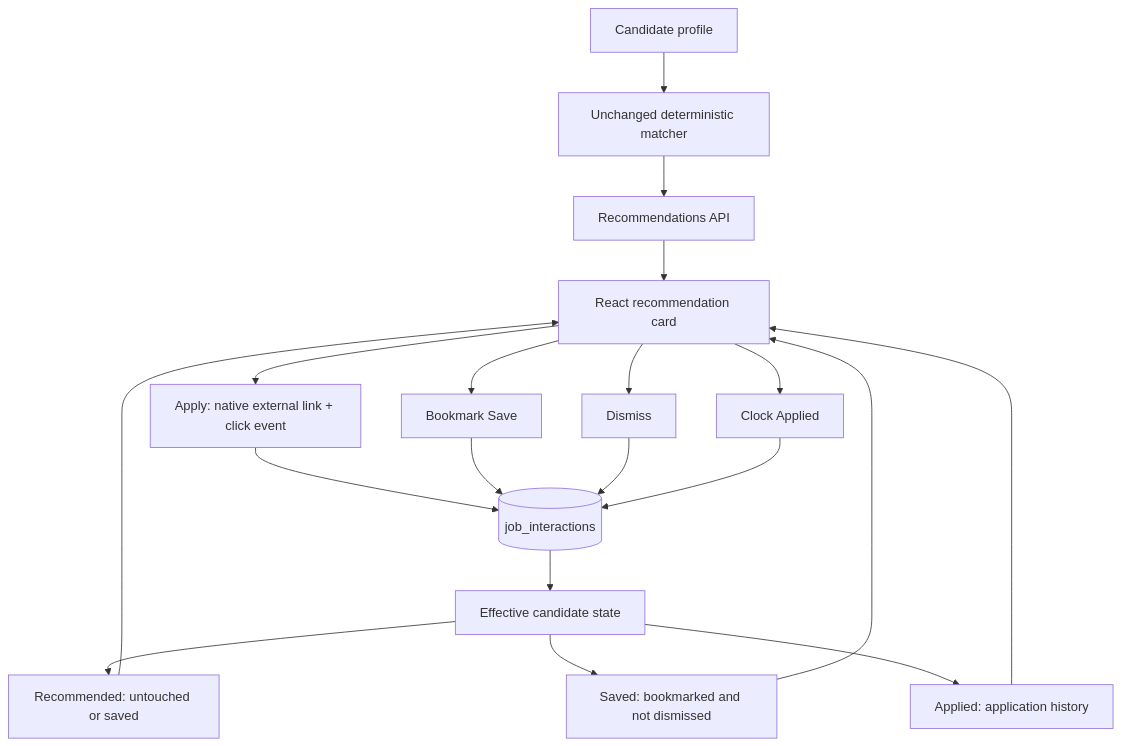
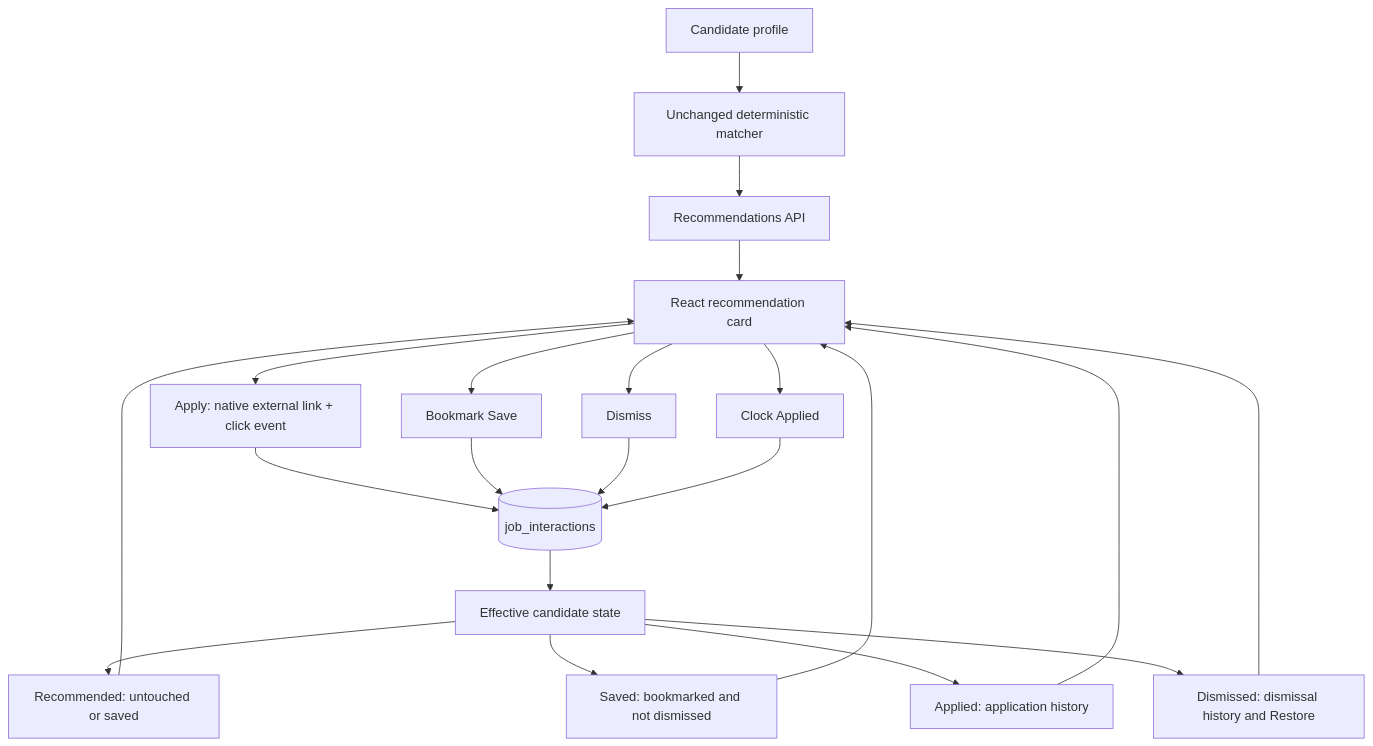
Before and after one commit to aymaanalamgir/internshipfeed: the diagram in docs/interactions.md, drawn with Mermaid. The commit also changed other lines of this file and 24 other files, not shown here.

````diff
--- a/docs/interactions.md
+++ b/docs/interactions.md
@@ -5,21 +5,23 @@
 ```mermaid
 flowchart TD
     P[Candidate profile] --> M[Unchanged deterministic matcher]
     M --> R[Recommendations API]
     R --> C[React recommendation card]
     C --> A[Apply: native external link + click event]
     C --> S[Bookmark Save]
     C --> D[Dismiss]
     C --> AP[Clock Applied]
     A --> E[(job_interactions)]
     S --> E
     D --> E
     AP --> E
     E --> ST[Effective candidate state]
     ST --> R2[Recommended: untouched or saved]
     ST --> S2[Saved: bookmarked and not dismissed]
     ST --> A2[Applied: application history]
+    ST --> D2[Dismissed: dismissal history and Restore]
+    D2 --> C
     R2 --> C
     S2 --> C
     A2 --> C
 ```
````
